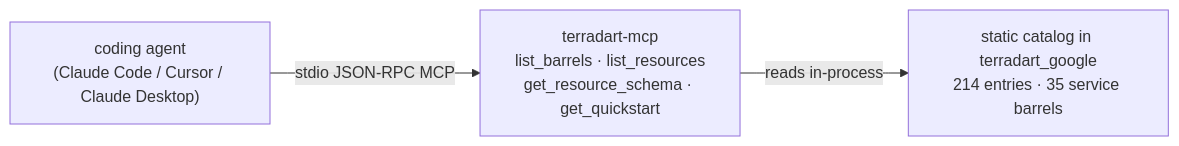
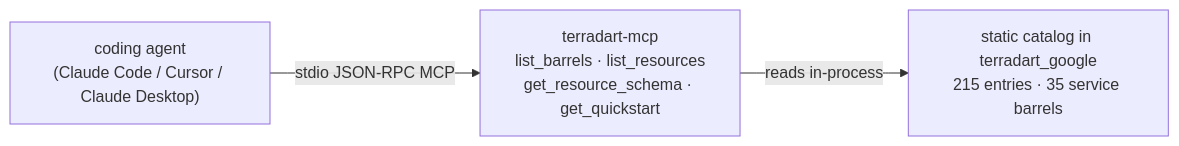
One commit to nozomi-koborinai/terradart changed the diagram in website/src/content/docs/docs/agent/index.md. Above: the diagram before and after it, drawn with Mermaid. The commit also changed other lines of this file and 16 other files, not shown here.

````diff
--- a/website/src/content/docs/docs/agent/index.md
+++ b/website/src/content/docs/docs/agent/index.md
@@ -12,8 +12,8 @@
 ```mermaid
 graph LR
   agent["coding agent<br/>(Claude Code / Cursor / Claude Desktop)"]
   mcp["terradart-mcp<br/>list_barrels · list_resources<br/>get_resource_schema · get_quickstart"]
-  catalog["static catalog in terradart_google<br/>214 entries · 35 service barrels"]
+  catalog["static catalog in terradart_google<br/>215 entries · 35 service barrels"]
   agent -->|stdio JSON-RPC MCP| mcp
   mcp -->|reads in-process| catalog
 ```
````
